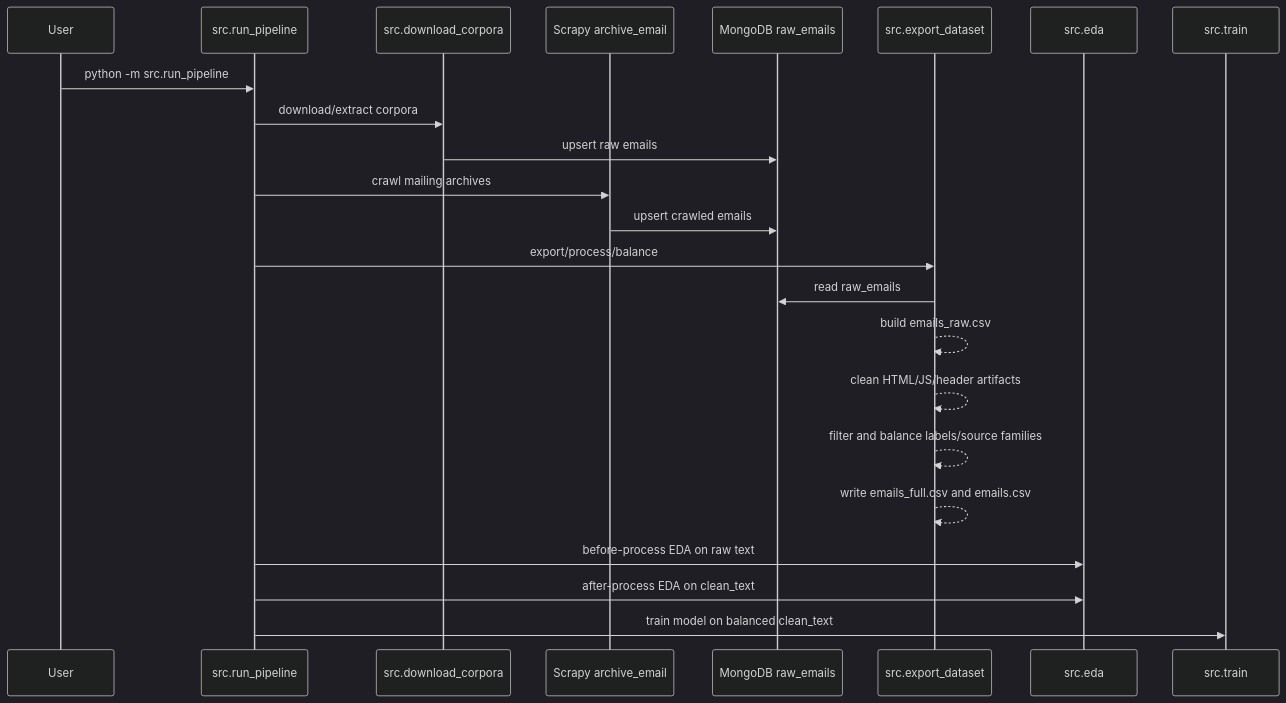
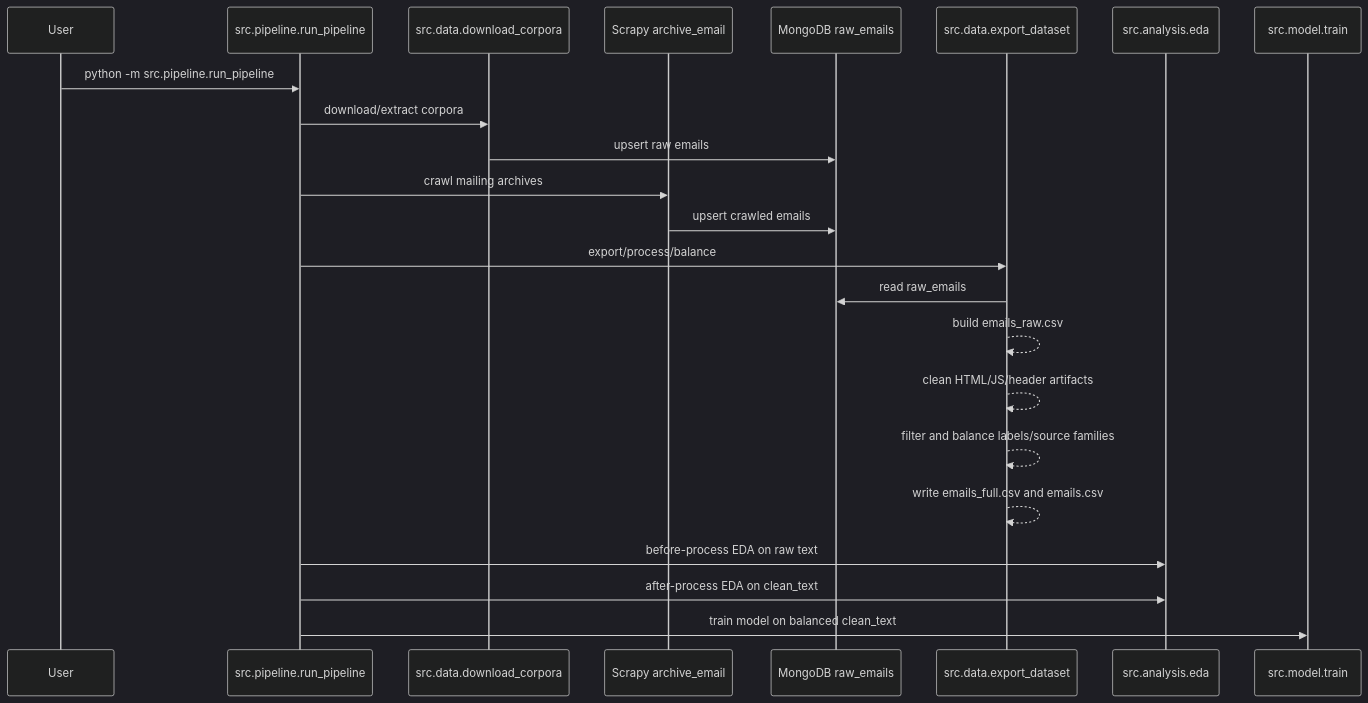
The second of 3 diagrams in docs/v1.md (QuangManhAI/lab01-machine-learning), drawn with Mermaid (dark theme) before and after one commit. The commit also changed other lines of this file and 18 other files, not shown here.

First line of the commit message:
Add data processing and model training pipeline

````diff
--- a/docs/v1.md
+++ b/docs/v1.md
@@ -158,26 +158,26 @@
 ```mermaid
 sequenceDiagram
     participant User
-    participant Pipeline as src.run_pipeline
-    participant Downloader as src.download_corpora
+    participant Pipeline as src.pipeline.run_pipeline
+    participant Downloader as src.data.download_corpora
     participant Spider as Scrapy archive_email
     participant Mongo as MongoDB raw_emails
-    participant Exporter as src.export_dataset
-    participant EDA as src.eda
-    participant Train as src.train
+    participant Exporter as src.data.export_dataset
+    participant EDA as src.analysis.eda
+    participant Train as src.model.train
 
-    User->>Pipeline: python -m src.run_pipeline
+    User->>Pipeline: python -m src.pipeline.run_pipeline
     Pipeline->>Downloader: download/extract corpora
     Downloader->>Mongo: upsert raw emails
     Pipeline->>Spider: crawl mailing archives
     Spider->>Mongo: upsert crawled emails
     Pipeline->>Exporter: export/process/balance
     Exporter->>Mongo: read raw_emails
     Exporter-->>Exporter: build emails_raw.csv
     Exporter-->>Exporter: clean HTML/JS/header artifacts
     Exporter-->>Exporter: filter and balance labels/source families
     Exporter-->>Exporter: write emails_full.csv and emails.csv
     Pipeline->>EDA: before-process EDA on raw text
     Pipeline->>EDA: after-process EDA on clean_text
     Pipeline->>Train: train model on balanced clean_text
 ```
````
